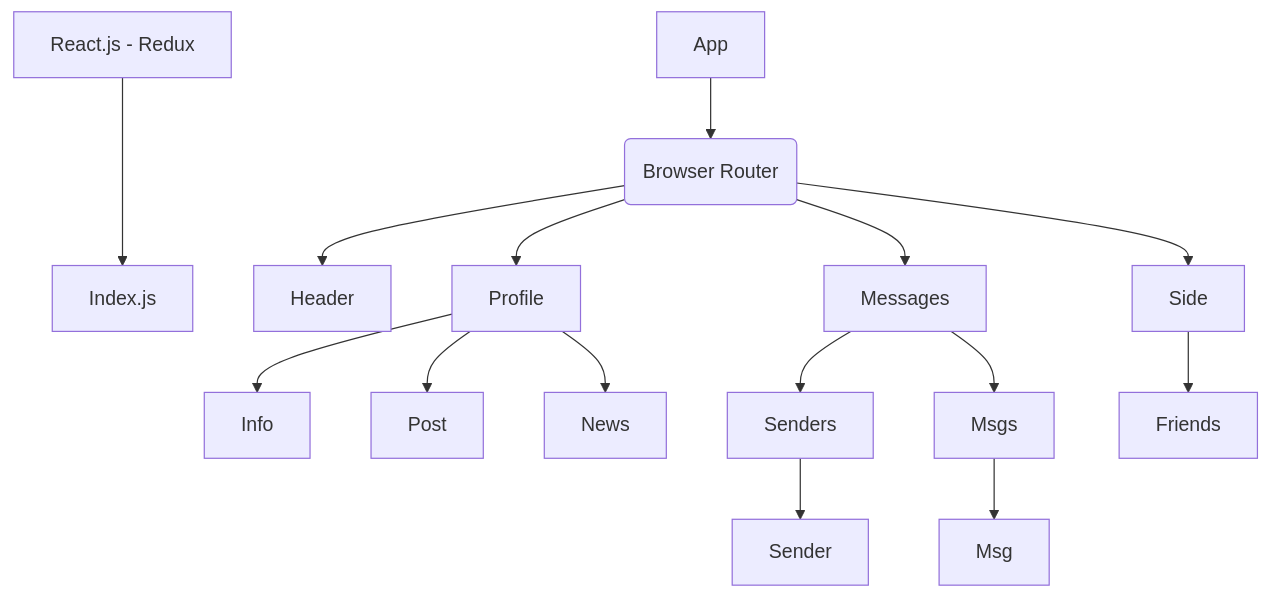
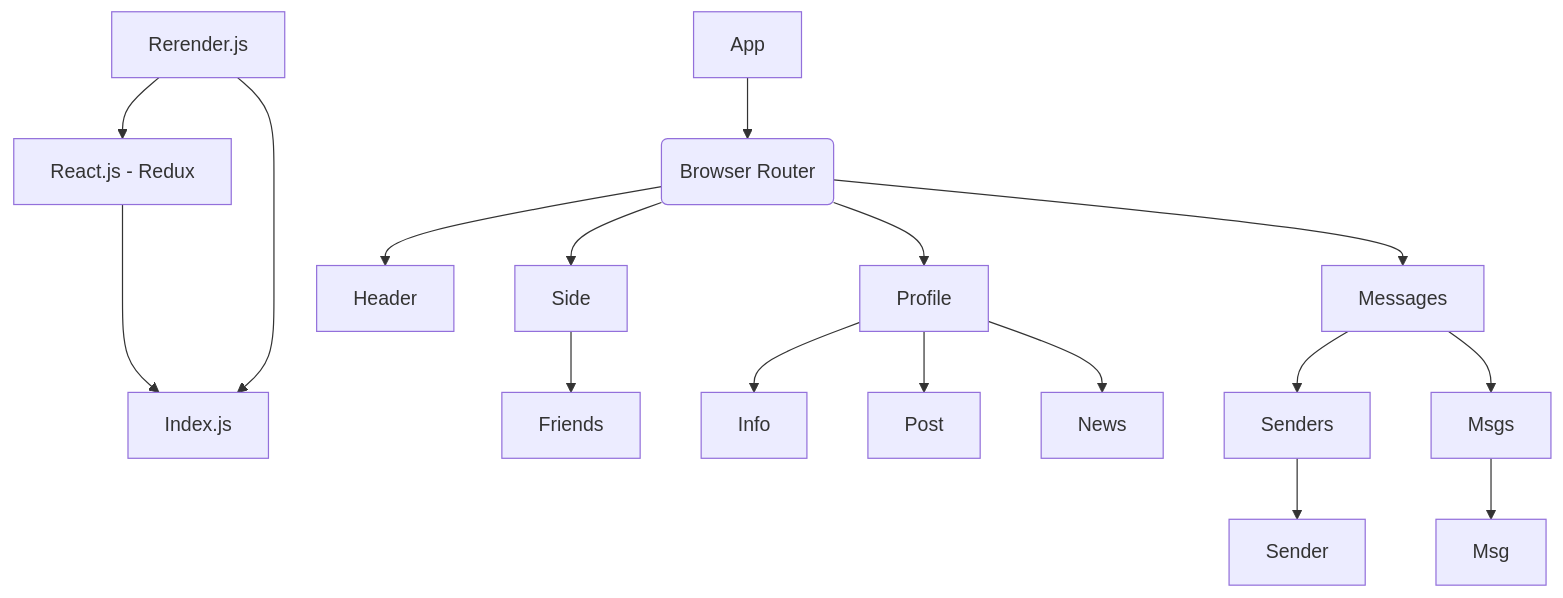
Before and after one commit to anna1luna/react_redux: the diagram in my-app/README.md, drawn with Mermaid. The commit also changed 5 other files, not shown here.

````diff
--- a/my-app/README.md
+++ b/my-app/README.md
@@ -1,18 +1,20 @@
 ```mermaid
 flowchart TD;
- 01[React.js - Redux]
 01--->0[Index.js]
+    00[Rerender.js]
+    00--> 01[React.js - Redux]
+    00-->0
 A[App] -->B(Browser Router);
 B --> D[Header];
 B -->E[Side];
 B -->F[Profile];
 B -->G[Messages];
 F -->F1[Info];
 F -->F2[Post];
 F -->F3[News];
 G -->G1[Senders];
 G -->G2[Msgs];
 G1-->G1_1[Sender];
 G2-->G2_2[Msg];
 E -->E1[Friends]
 ```
````
